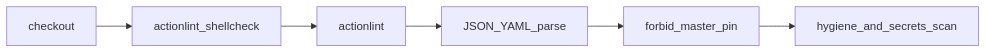
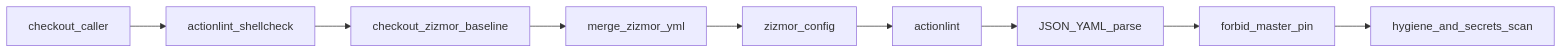
Before and after one commit to workers-world/worker-actions: the seventh of 18 diagrams in docs/actions-workflows.md, drawn with Mermaid. The commit also changed other lines of this file and 25 other files, not shown here.

````diff
--- a/docs/actions-workflows.md
+++ b/docs/actions-workflows.md
@@ -212,7 +212,11 @@
 ```mermaid
 flowchart LR
-  checkout[checkout] --> install[actionlint_shellcheck] --> lint[actionlint]
+  checkout[checkout_caller] --> install[actionlint_shellcheck]
+  install --> zbase[checkout_zizmor_baseline]
+  zbase --> zmerge[merge_zizmor_yml]
+  zmerge --> zrun[zizmor_config]
+  zrun --> lint[actionlint]
   lint --> parse[JSON_YAML_parse]
   parse --> pin[forbid_master_pin]
   pin --> hygiene[hygiene_and_secrets_scan]
 ```
````
